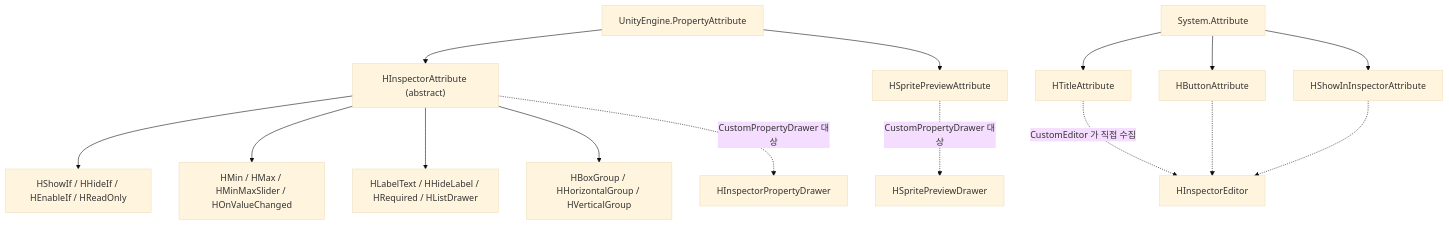
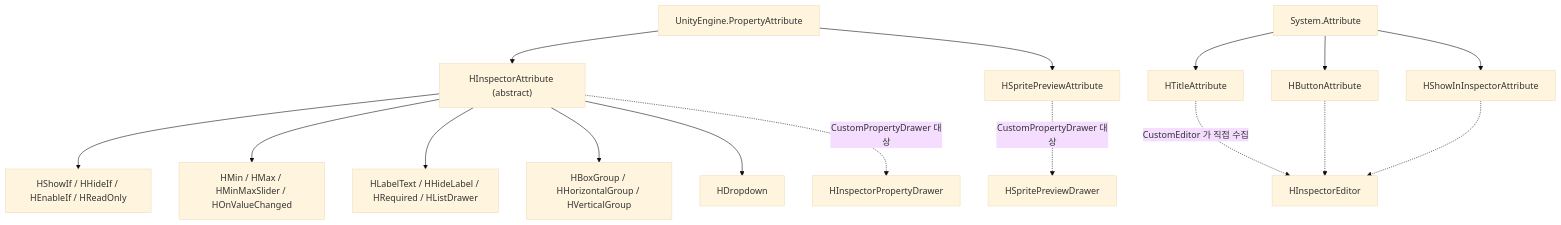
Before and after one commit to HoHong123/HCUP-Unity: the diagram in HInspector/Runtime/README.md, drawn with Mermaid (base theme). The commit also changed other lines of this file, not shown here.

````diff
--- a/HInspector/Runtime/README.md
+++ b/HInspector/Runtime/README.md
@@ -62,23 +58,24 @@
 ```mermaid
 flowchart TD
     PA["UnityEngine.PropertyAttribute"]
     SA["System.Attribute"]
 
     PA --> HIA["HInspectorAttribute (abstract)"]
     PA --> HSP["HSpritePreviewAttribute"]
 
     HIA --> G1["HShowIf / HHideIf / HEnableIf / HReadOnly"]
     HIA --> G2["HMin / HMax / HMinMaxSlider / HOnValueChanged"]
     HIA --> G3["HLabelText / HHideLabel / HRequired / HListDrawer"]
     HIA --> G4["HBoxGroup / HHorizontalGroup / HVerticalGroup"]
+    HIA --> G5["HDropdown"]
 
     SA --> HT["HTitleAttribute"]
     SA --> HB["HButtonAttribute"]
     SA --> HSI["HShowInInspectorAttribute"]
 
     HIA -.->|"CustomPropertyDrawer 대상"| D1["HInspectorPropertyDrawer"]
     HSP -.->|"CustomPropertyDrawer 대상"| D2["HSpritePreviewDrawer"]
     HT -.->|"CustomEditor 가 직접 수집"| D3["HInspectorEditor"]
     HB -.-> D3
     HSI -.-> D3
 ```
````
